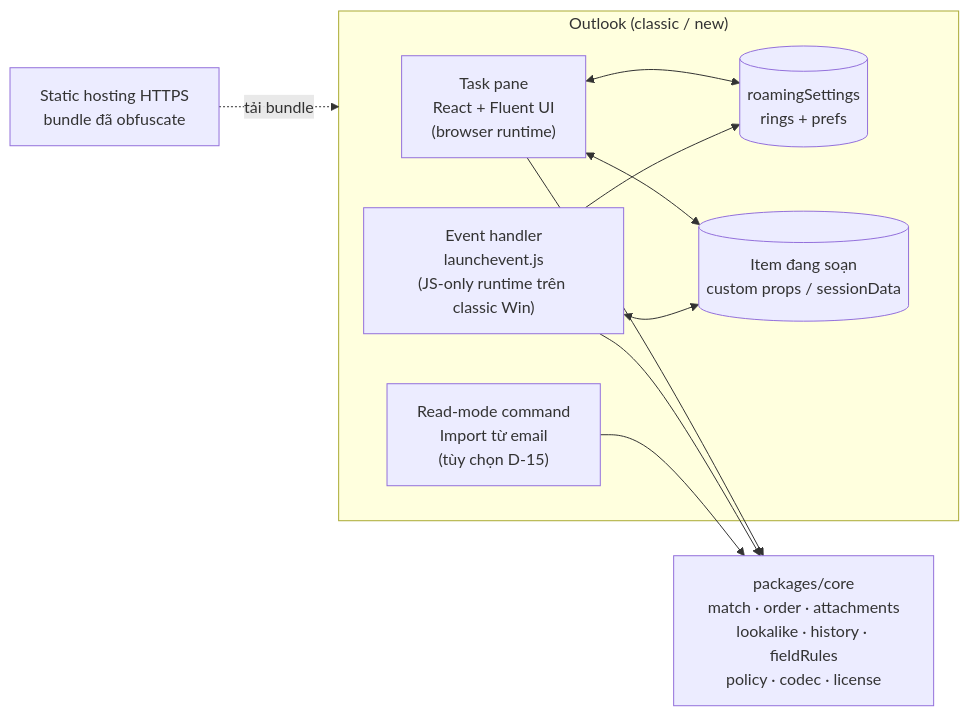
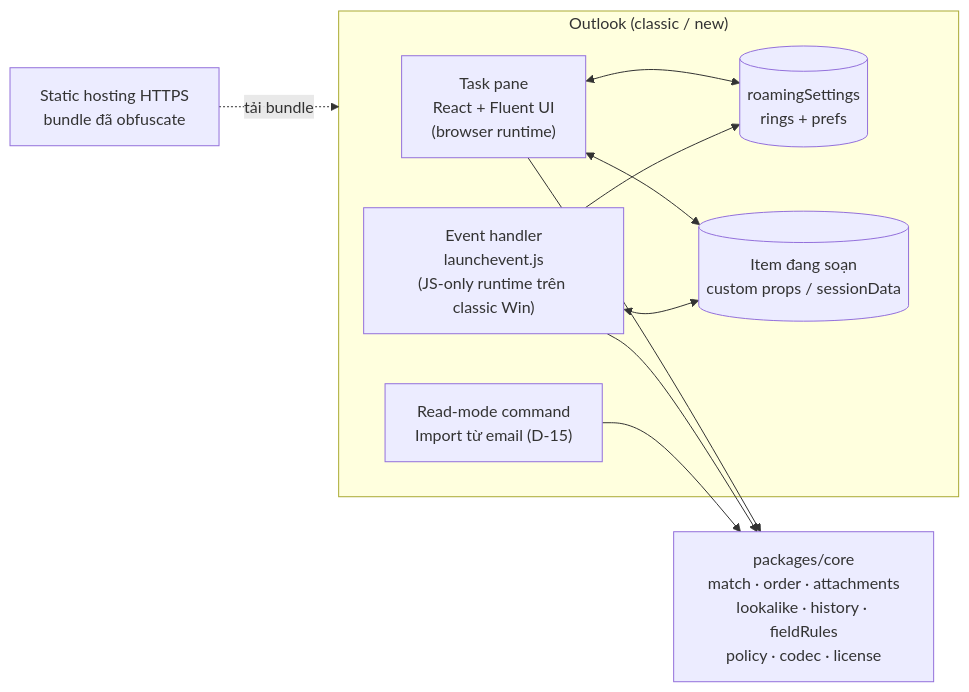
Before and after one commit to tubeoism/secure-mail-ring: the first of 2 diagrams in project_plan.md, drawn with Mermaid. The commit also changed other lines of this file, not shown here.

First line of the commit message:
Update project plan to v0.4: import-from-email and rollout scale

````diff
--- a/project_plan.md
+++ b/project_plan.md
@@ -293,20 +295,20 @@
 ```mermaid
 flowchart LR
   subgraph Outlook["Outlook (classic / new)"]
     TP["Task pane<br/>React + Fluent UI<br/>(browser runtime)"]
     EV["Event handler<br/>launchevent.js<br/>(JS-only runtime trên classic Win)"]
-    RM["Read-mode command<br/>Import từ email<br/>(tùy chọn D-15)"]
+    RM["Read-mode command<br/>Import từ email (D-15)"]
     RS[("roamingSettings<br/>rings + prefs")]
     IT[("Item đang soạn<br/>custom props / sessionData")]
   end
   CORE["packages/core<br/>match · order · attachments<br/>lookalike · history · fieldRules<br/>policy · codec · license"]
   HOST["Static hosting HTTPS<br/>bundle đã obfuscate"]
   TP --> CORE
   EV --> CORE
   RM --> CORE
   TP <--> RS
   EV --> RS
   TP <--> IT
   EV <--> IT
   HOST -. tải bundle .-> Outlook
 ```
````
